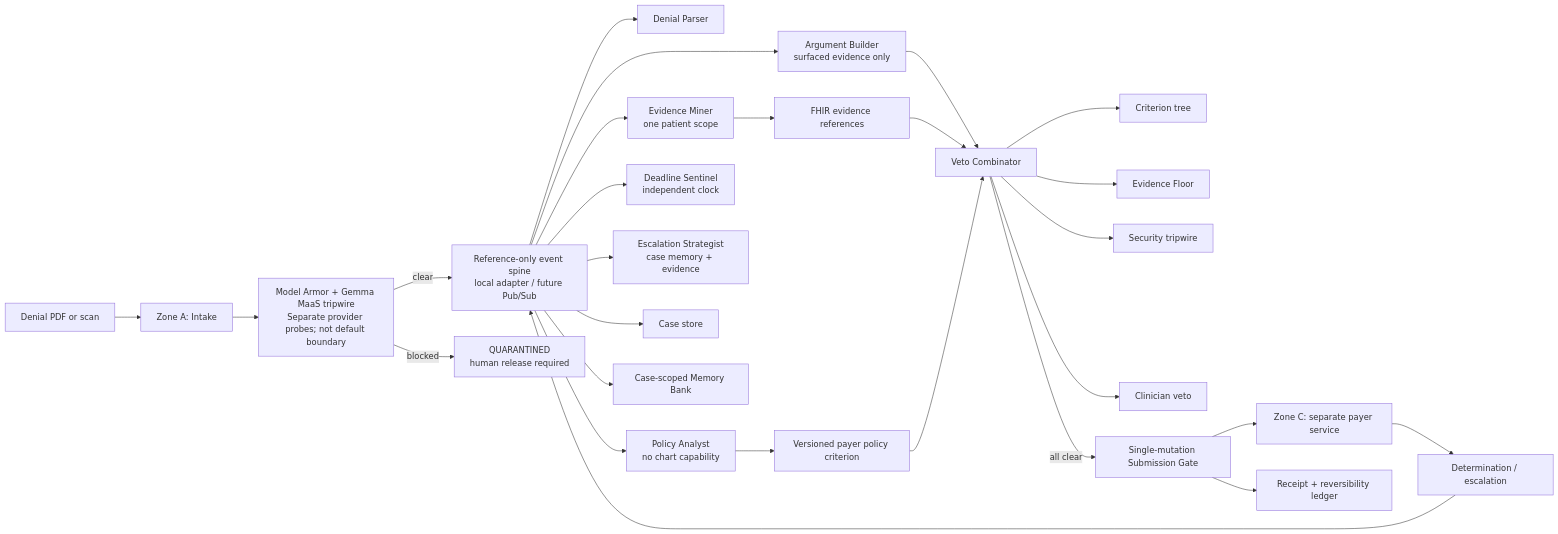
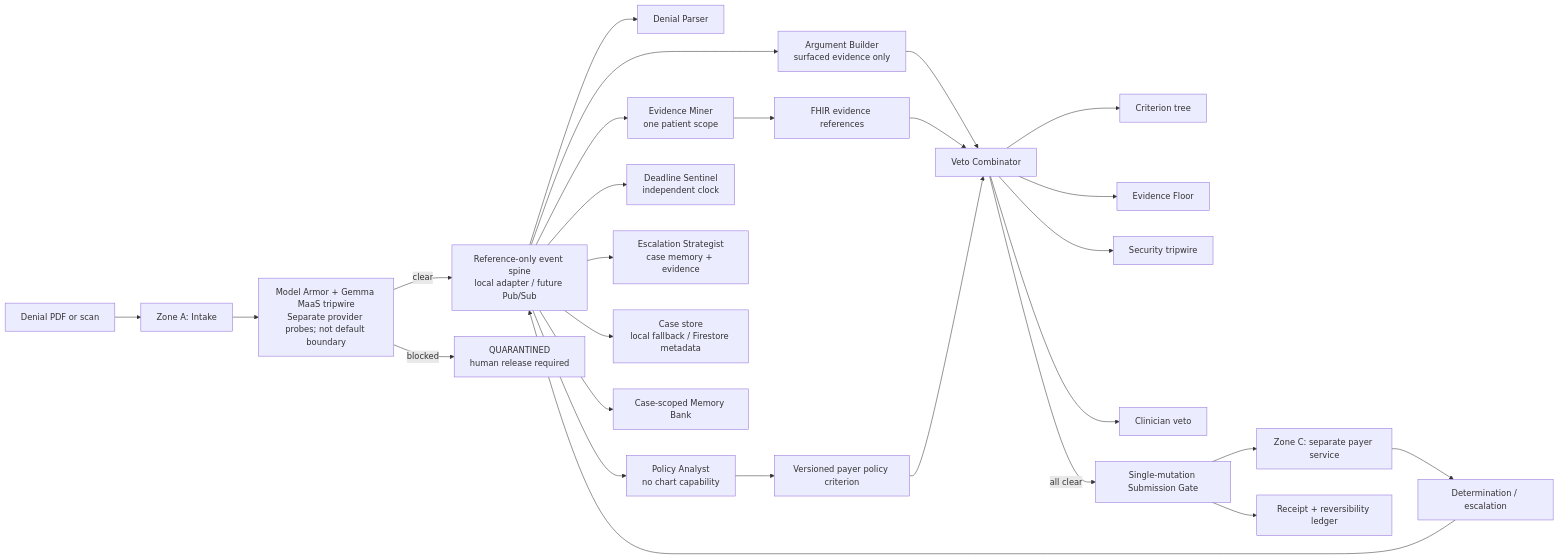
The diagram in docs/ARCHITECTURE.md (Jennycruzy/Appeal), drawn with Mermaid before and after one commit. The commit also changed other lines of this file and 8 other files, not shown here.

````diff
--- a/docs/ARCHITECTURE.md
+++ b/docs/ARCHITECTURE.md
@@ -16,32 +17,32 @@
 ```mermaid
 flowchart LR
     D[Denial PDF or scan] --> A[Zone A: Intake]
     A --> MA[Model Armor + Gemma MaaS tripwire\nSeparate provider probes; not default boundary]
     MA -->|clear| E[Reference-only event spine\nlocal adapter / future Pub/Sub]
     MA -->|blocked| Q[QUARANTINED\nhuman release required]
 
     E --> DP[Denial Parser]
     E --> PA[Policy Analyst\nno chart capability]
     E --> EM[Evidence Miner\none patient scope]
     E --> AB[Argument Builder\nsurfaced evidence only]
     E --> DS[Deadline Sentinel\nindependent clock]
     E --> ES[Escalation Strategist\ncase memory + evidence]
 
     EM --> F[FHIR evidence references]
     PA --> P[Versioned payer policy criterion]
     AB --> V[Veto Combinator]
     F --> V
     P --> V
     V --> CT[Criterion tree]
     V --> EF[Evidence Floor]
     V --> SG[Security tripwire]
     V --> CL[Clinician veto]
     V -->|all clear| G[Single-mutation Submission Gate]
     G --> C[Zone C: separate payer service]
     C --> R[Determination / escalation]
     R --> E
 
-    E --> S[Case store]
+    E --> S[Case store\nlocal fallback / Firestore metadata]
     E --> M[Case-scoped Memory Bank]
     G --> L[Receipt + reversibility ledger]
 ```
````
